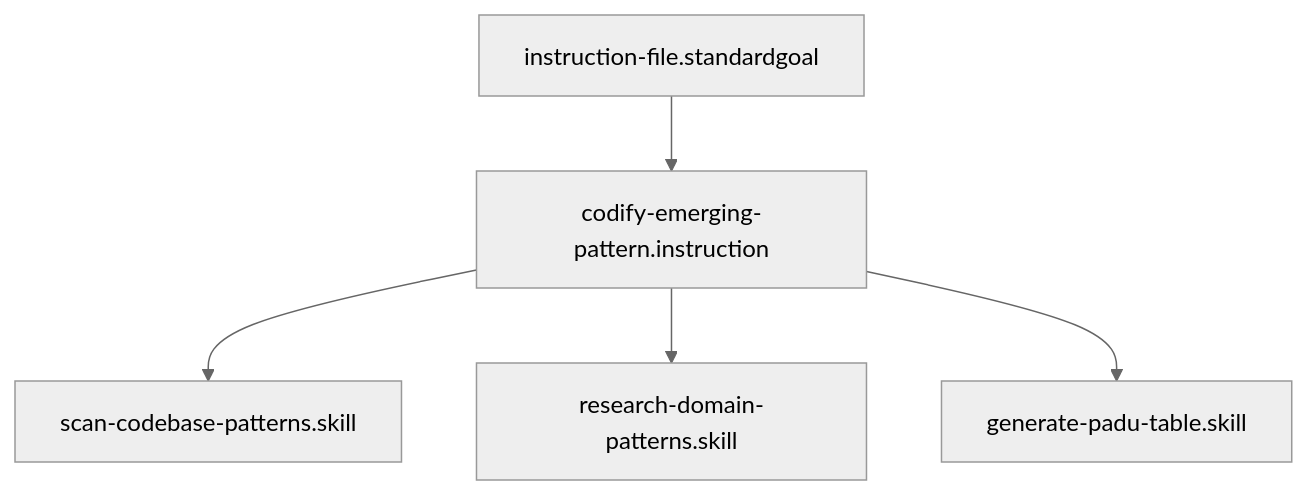
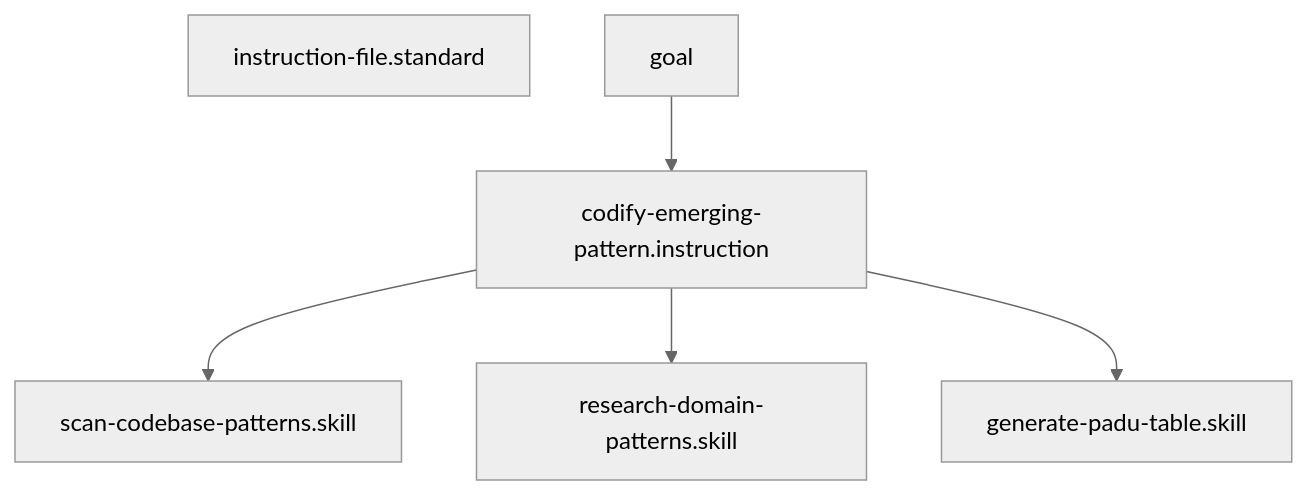
Before and after one commit to Gizmo4Life/ai-kernel: the diagram in instructions/codify-emerging-pattern.instruction.md, drawn with Mermaid (neutral theme). The commit also changed other lines of this file and 101 other files, not shown here.

````diff
--- a/instructions/codify-emerging-pattern.instruction.md
+++ b/instructions/codify-emerging-pattern.instruction.md
@@ -26,7 +26,8 @@
 ```mermaid
 graph TD
-    instruction-file.standardgoal --> codify-emerging-pattern.instruction
+    instruction-file.standard
+goal --> codify-emerging-pattern.instruction
     codify-emerging-pattern.instruction --> scan-codebase-patterns[scan-codebase-patterns.skill]
     codify-emerging-pattern.instruction --> research-domain-patterns[research-domain-patterns.skill]
     codify-emerging-pattern.instruction --> generate-padu-table[generate-padu-table.skill]
 ```
````
